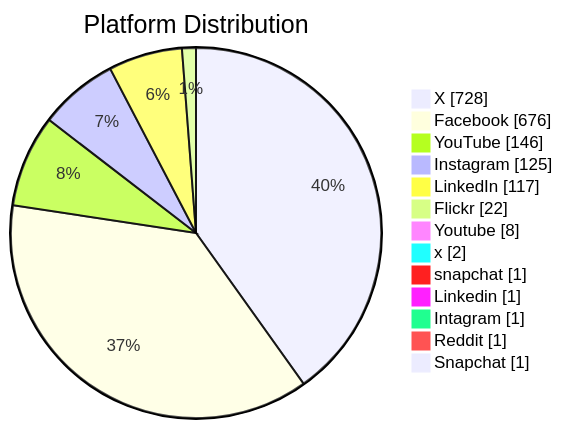
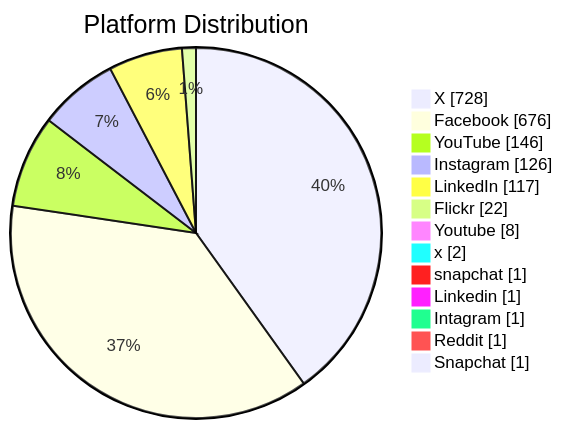
One commit to PatLittle/GC-Socials changed the second of 6 diagrams in README.md. Above: the diagram before and after it, drawn with Mermaid. The commit also changed other lines of this file, not shown here.

Commit message:
Update README with Platform Distribution pie chart

````diff
--- a/README.md
+++ b/README.md
@@ -46,16 +46,16 @@
 ```mermaid
 pie showData title Platform Distribution
     "X": 728
     "Facebook": 676
     "YouTube": 146
-    "Instagram": 125
+    "Instagram": 126
     "LinkedIn": 117
     "Flickr": 22
     "Youtube": 8
     "x": 2
     "snapchat": 1
     "Linkedin": 1
     "Intagram": 1
     "Reddit": 1
     "Snapchat": 1
 ```
````
